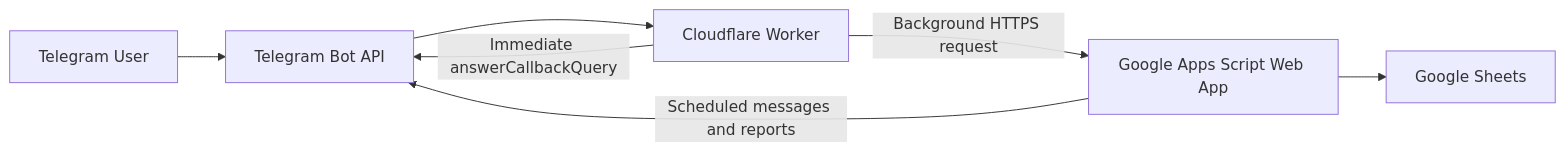
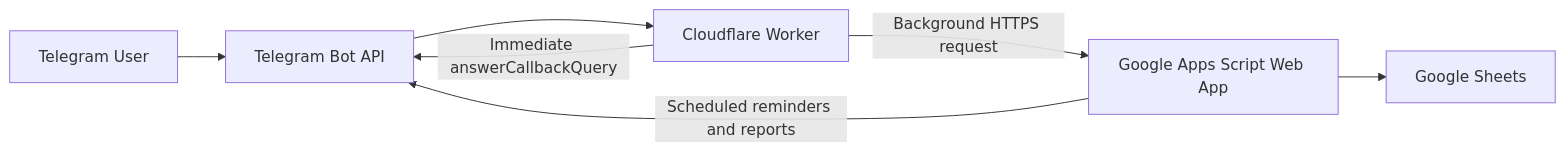
Before and after one commit to Pouya-Mansournia/PulseTask: the diagram in README.md, drawn with Mermaid. The commit also changed other lines of this file and 1 other file, not shown here.

Commit message:
replace four-hour task bundles with one-hour reminders

````diff
--- a/README.md
+++ b/README.md
@@ -13,9 +13,9 @@
 ```mermaid
 flowchart LR
     U[Telegram User] --> T[Telegram Bot API]
     T --> W[Cloudflare Worker]
     W -->|Immediate answerCallbackQuery| T
     W -->|Background HTTPS request| A[Google Apps Script Web App]
     A --> S[Google Sheets]
-    A -->|Scheduled messages and reports| T
+    A -->|Scheduled reminders and reports| T
 ```
````
